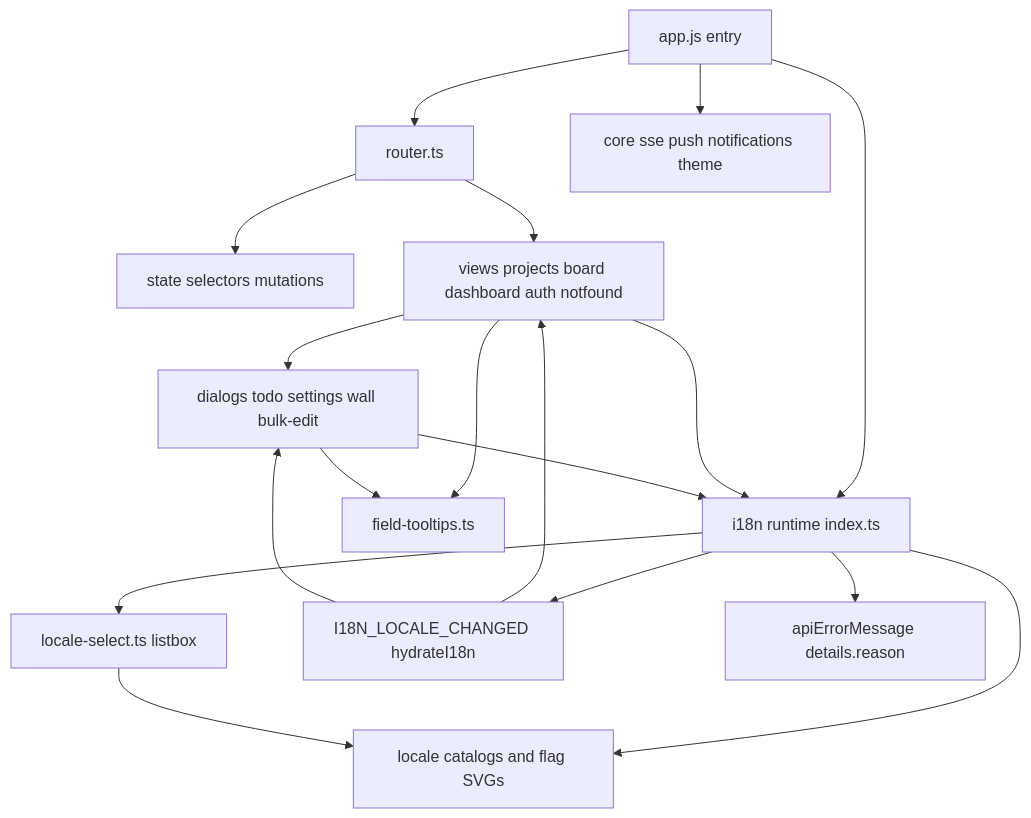
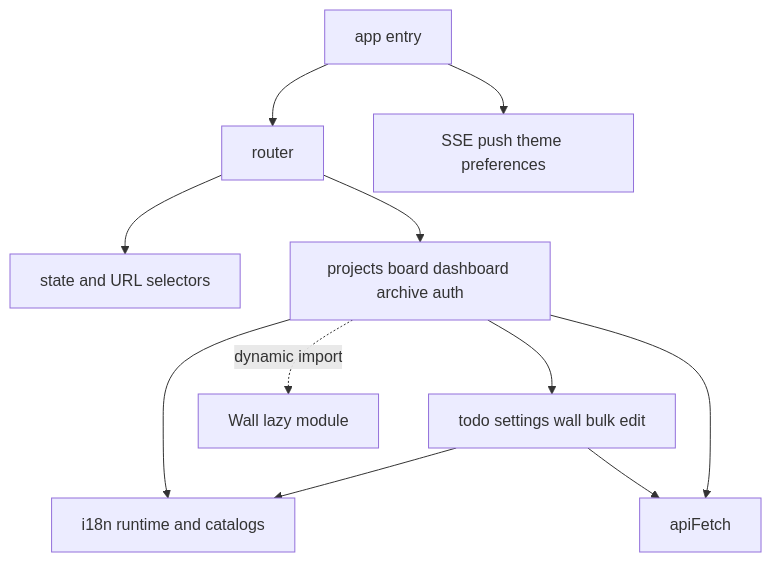
One commit to markrai/scrumboy changed the first of 4 diagrams in docs/diagrams/scrumboy_frontend_spa.md. Above: the diagram before and after it, drawn with Mermaid. The commit also changed other lines of this file and 189 other files, not shown here.

````diff
--- a/docs/diagrams/scrumboy_frontend_spa.md
+++ b/docs/diagrams/scrumboy_frontend_spa.md
@@ -5,33 +5,22 @@
 ```mermaid
 flowchart TB
-  App[app.js entry]
-  Router[router.ts]
-  State[state selectors mutations]
-  Views[views projects board dashboard auth notfound]
-  Dialogs[dialogs todo settings wall bulk-edit]
-  Core[core sse push notifications theme]
-  I18n[i18n runtime index.ts]
-  Picker[locale-select.ts listbox]
-  Tips[field-tooltips.ts]
-  Cat[locale catalogs and flag SVGs]
-  Events[I18N_LOCALE_CHANGED hydrateI18n]
-  ApiErr[apiErrorMessage details.reason]
+  App[app entry]
+  Router[router]
+  State[state and URL selectors]
+  Views[projects board dashboard archive auth]
+  Dialogs[todo settings wall bulk edit]
+  Core[SSE push theme preferences]
+  I18n[i18n runtime and catalogs]
+  API[apiFetch]
+  Wall[Wall lazy module]
 
-  App --> Router
+  App --> Router --> Views
   App --> Core
-  App --> I18n
   Router --> State
-  Router --> Views
   Views --> Dialogs
   Views --> I18n
-  Views --> Tips
   Dialogs --> I18n
-  Dialogs --> Tips
-  I18n --> Cat
-  I18n --> Picker
-  I18n --> Events
-  I18n --> ApiErr
-  Events --> Views
-  Events --> Dialogs
-  Picker --> Cat
+  Dialogs --> API
+  Views --> API
+  Views -.->|dynamic import| Wall
 ```
````
